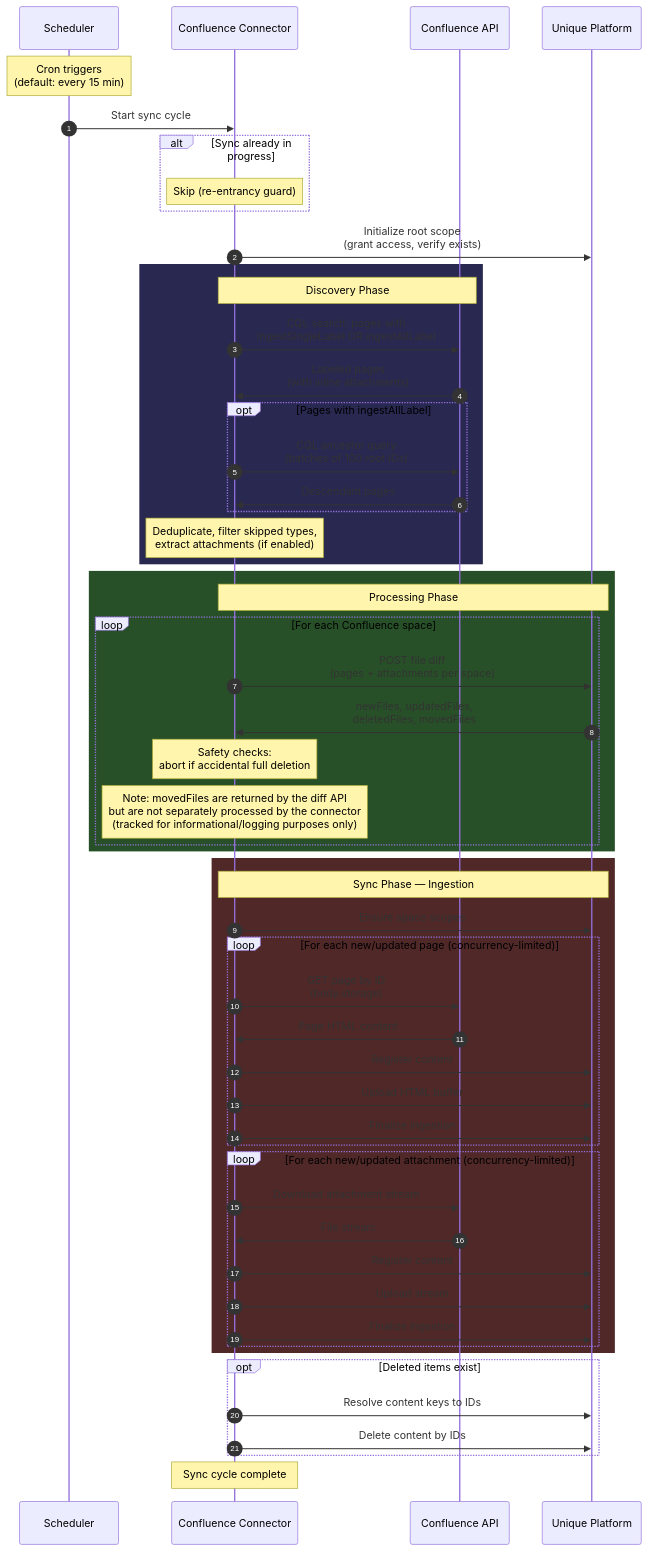
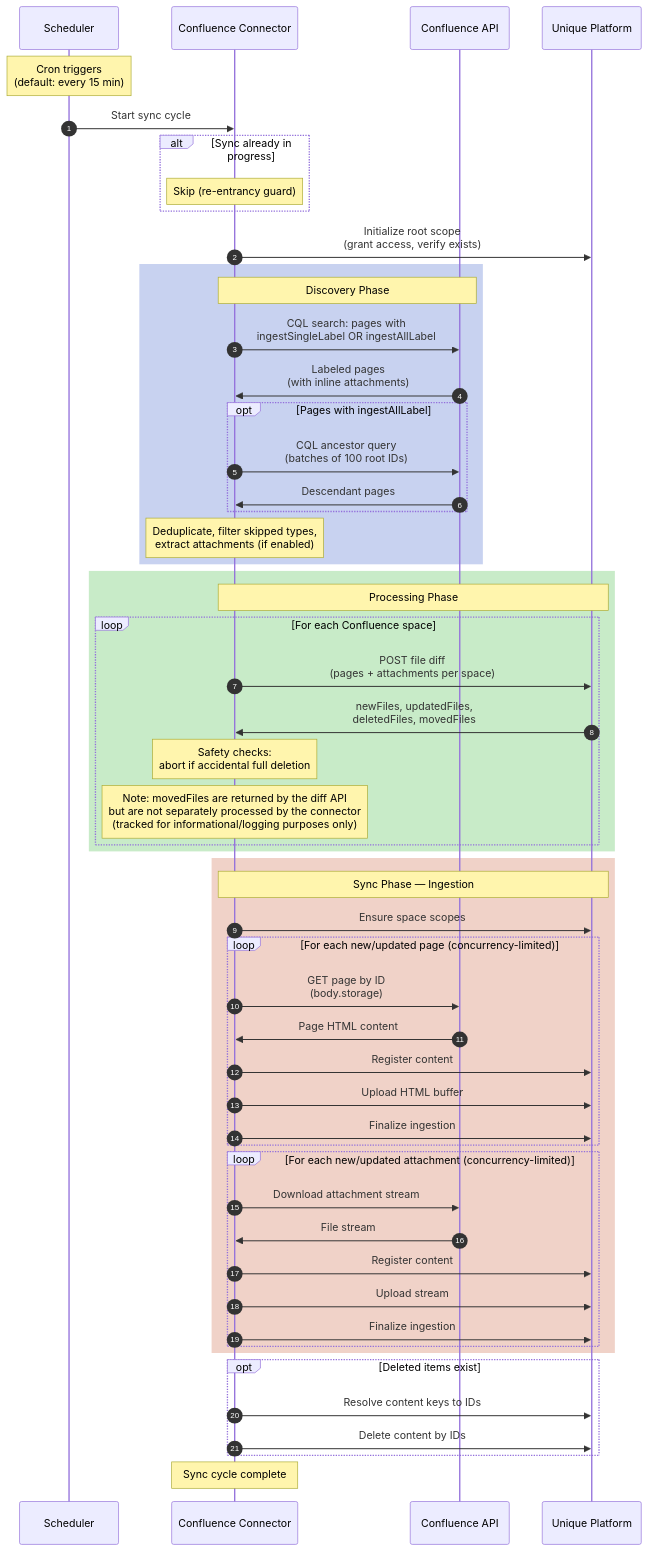
Before and after one commit to Unique-AG/connectors: the second of 6 diagrams in services/confluence-connector/docs/technical/flows.md, drawn with Mermaid.

Commit message:
fix(confluence-connector): use light background colors in sync flow sequence diagram
Replace dark backgrounds (rgb 40-80 range) with light pastels so black
text is readable on the Discovery, Processing, and Sync phase rects.

````diff
--- a/services/confluence-connector/docs/technical/flows.md
+++ b/services/confluence-connector/docs/technical/flows.md
@@ -62,68 +62,68 @@
 ```mermaid
 sequenceDiagram
     autonumber
     participant Scheduler
     participant Connector as Confluence Connector
     participant Confluence as Confluence API
     participant Unique as Unique Platform
 
     Note over Scheduler: Cron triggers<br/>(default: every 15 min)
     Scheduler->>Connector: Start sync cycle
 
     alt Sync already in progress
         Note over Connector: Skip (re-entrancy guard)
     end
 
     Connector->>Unique: Initialize root scope<br/>(grant access, verify exists)
 
-    rect rgb(40, 40, 80)
+    rect rgb(200, 210, 240)
         Note over Connector,Confluence: Discovery Phase
         Connector->>Confluence: CQL search: pages with<br/>ingestSingleLabel OR ingestAllLabel
         Confluence->>Connector: Labeled pages<br/>(with inline attachments)
 
         opt Pages with ingestAllLabel
             Connector->>Confluence: CQL ancestor query<br/>(batches of 100 root IDs)
             Confluence->>Connector: Descendant pages
         end
 
         Note over Connector: Deduplicate, filter skipped types,<br/>extract attachments (if enabled)
     end
 
-    rect rgb(40, 80, 40)
+    rect rgb(200, 235, 200)
         Note over Connector,Unique: Processing Phase
         loop For each Confluence space
             Connector->>Unique: POST file diff<br/>(pages + attachments per space)
             Unique->>Connector: newFiles, updatedFiles,<br/>deletedFiles, movedFiles
             Note over Connector: Safety checks:<br/>abort if accidental full deletion
             Note over Connector: Note: movedFiles are returned by the diff API<br/>but are not separately processed by the connector<br/>(tracked for informational/logging purposes only)
         end
     end
 
-    rect rgb(80, 40, 40)
+    rect rgb(240, 210, 200)
         Note over Connector,Unique: Sync Phase — Ingestion
         Connector->>Unique: Ensure space scopes
 
         loop For each new/updated page (concurrency-limited)
             Connector->>Confluence: GET page by ID<br/>(body.storage)
             Confluence->>Connector: Page HTML content
             Connector->>Unique: Register content
             Connector->>Unique: Upload HTML buffer
             Connector->>Unique: Finalize ingestion
         end
 
         loop For each new/updated attachment (concurrency-limited)
             Connector->>Confluence: Download attachment stream
             Confluence->>Connector: File stream
             Connector->>Unique: Register content
             Connector->>Unique: Upload stream
             Connector->>Unique: Finalize ingestion
         end
     end
 
     opt Deleted items exist
         Connector->>Unique: Resolve content keys to IDs
         Connector->>Unique: Delete content by IDs
     end
 
     Note over Connector: Sync cycle complete
 ```
````
